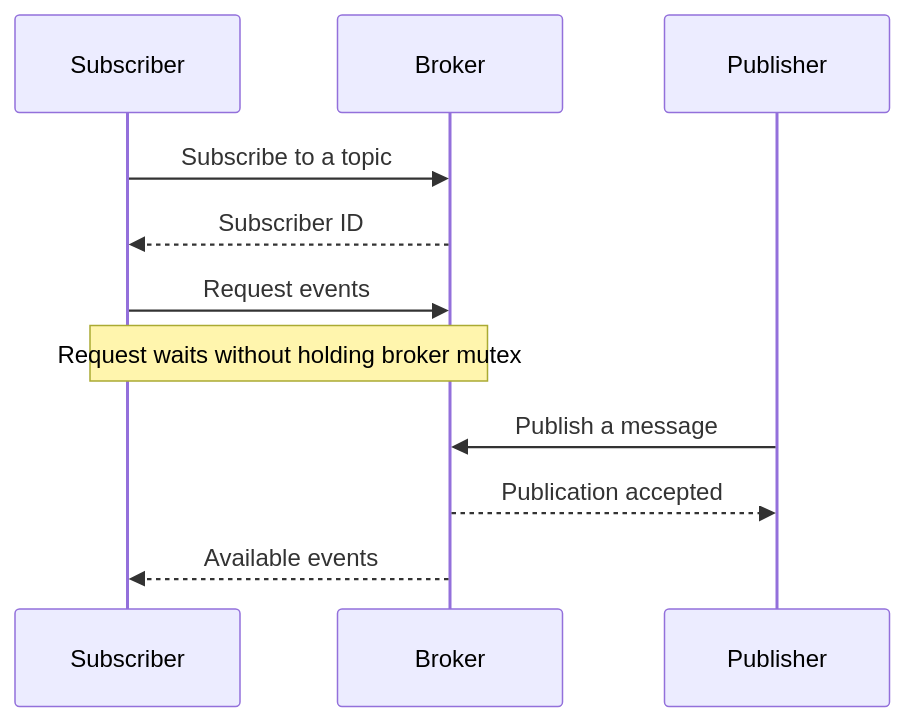
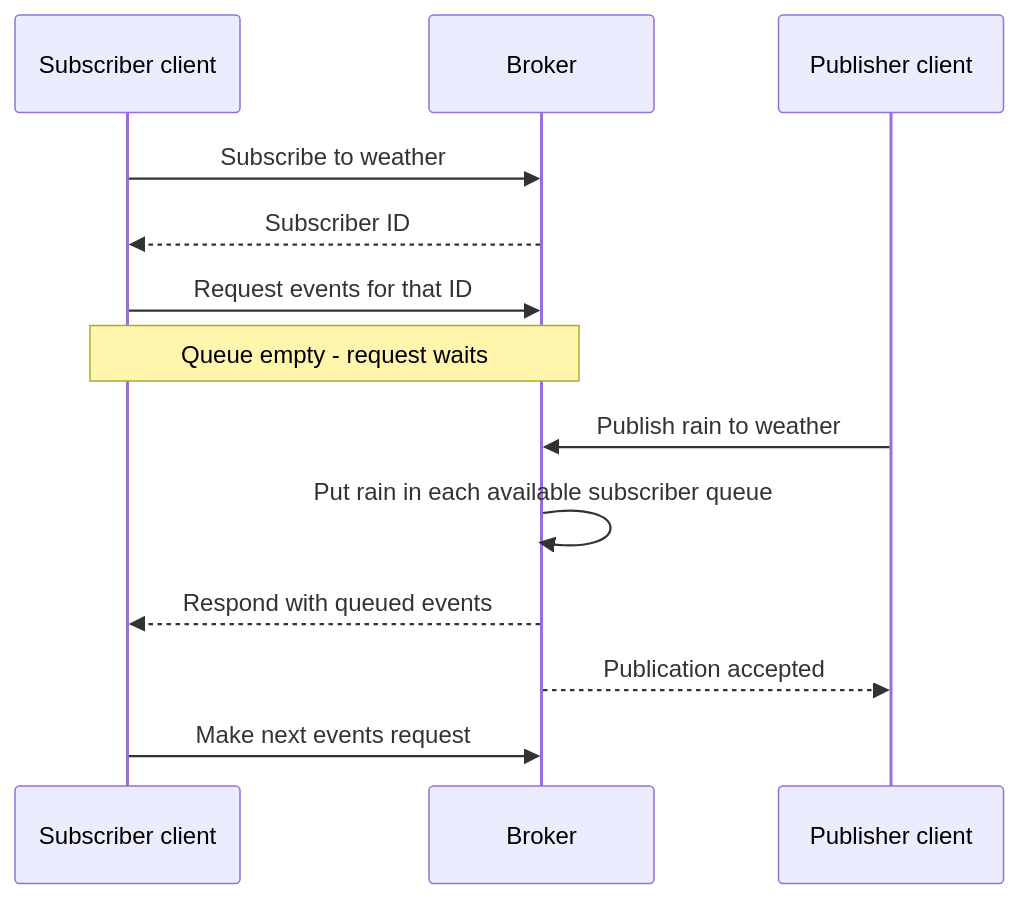
Before and after one commit to Zakoroo/distributed-systems: the diagram in knowledge/concepts/concurrency/publish-subscribe.md, drawn with Mermaid. The commit also changed other lines of this file and 36 other files, not shown here.

````diff
--- a/knowledge/concepts/concurrency/publish-subscribe.md
+++ b/knowledge/concepts/concurrency/publish-subscribe.md
@@ -36,13 +128,15 @@
 ```mermaid
 sequenceDiagram
-    participant S as Subscriber
+    participant S as Subscriber client
     participant B as Broker
-    participant P as Publisher
-    S->>B: Subscribe to a topic
+    participant P as Publisher client
+    S->>B: Subscribe to weather
     B-->>S: Subscriber ID
-    S->>B: Request events
-    Note over S,B: Request waits without holding broker mutex
-    P->>B: Publish a message
+    S->>B: Request events for that ID
+    Note over S,B: Queue empty - request waits
+    P->>B: Publish rain to weather
+    B->>B: Put rain in each available subscriber queue
+    B-->>S: Respond with queued events
     B-->>P: Publication accepted
-    B-->>S: Available events
+    S->>B: Make next events request
 ```
````
